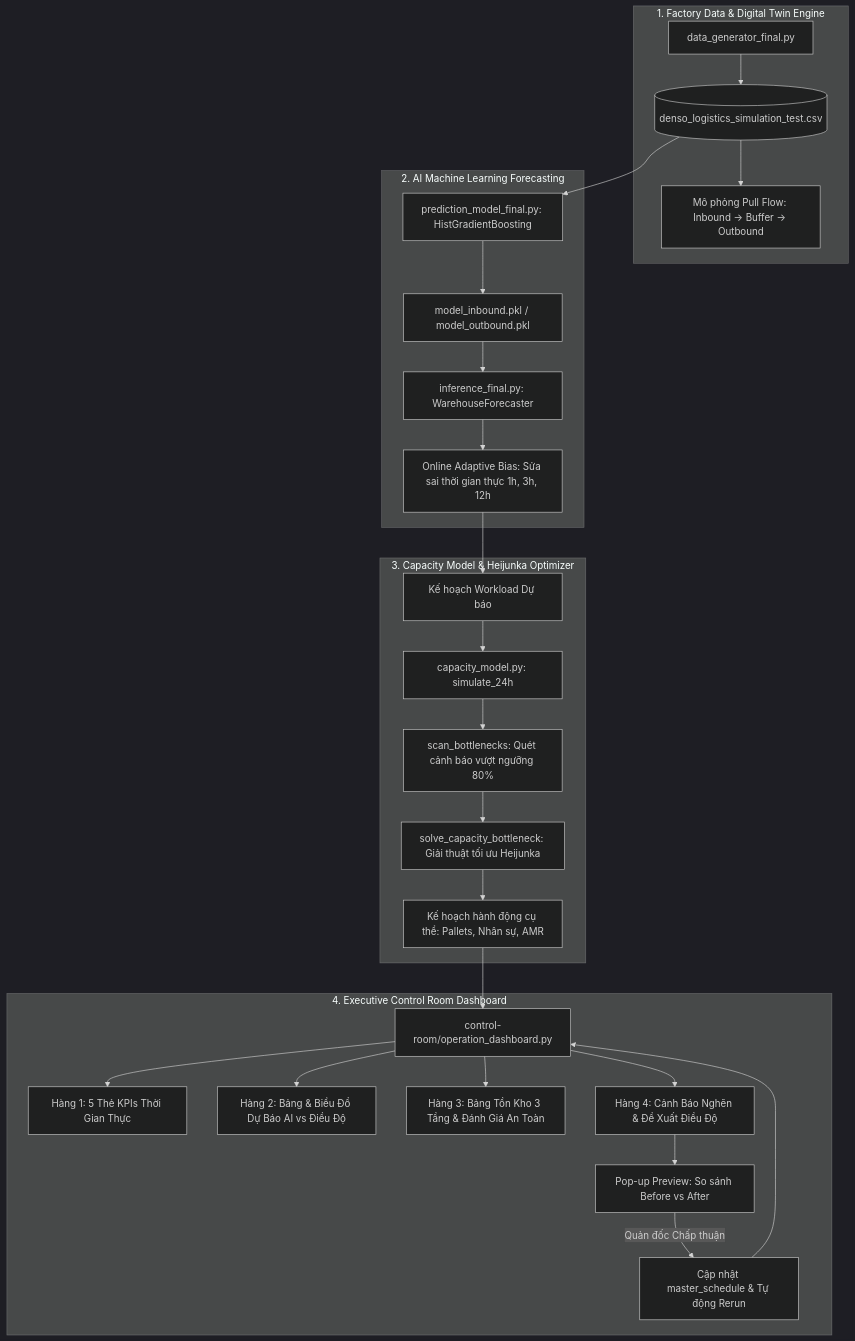
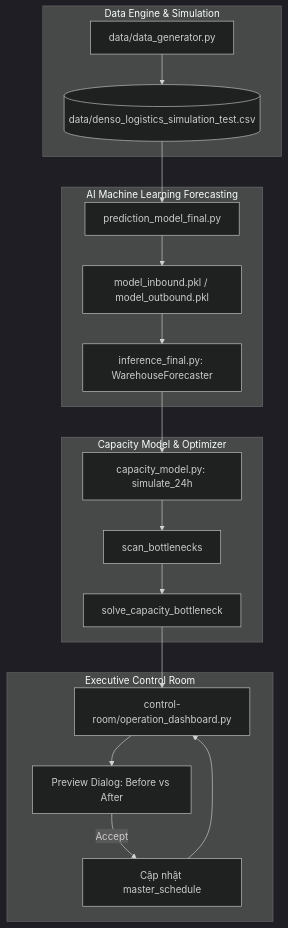
The diagram in README.md (Hair-Nguyeenx/DENSO_Factory_Hackathons-D2-babi), drawn with Mermaid (dark theme) before and after one commit. The commit also changed other lines of this file and 12 other files, not shown here.

````diff
--- a/README.md
+++ b/README.md
@@ -36,33 +19,25 @@
 ```mermaid
 flowchart TD
-    subgraph DATA_ENGINE[1. Factory Data & Digital Twin Engine]
-        DG[data_generator_final.py] --> CSV[(denso_logistics_simulation_test.csv)]
-        CSV --> PULL[Mô phỏng Pull Flow: Inbound -> Buffer -> Outbound]
+    subgraph DATA_TIER[Data Engine & Simulation]
+        DG[data/data_generator.py] --> CSV[(data/denso_logistics_simulation_test.csv)]
     end
 
-    subgraph AI_PREDICTION[2. AI Machine Learning Forecasting]
-        CSV --> TRAIN[prediction_model_final.py: HistGradientBoosting]
+    subgraph AI_TIER[AI Machine Learning Forecasting]
+        CSV --> TRAIN[prediction_model_final.py]
         TRAIN --> PKL[model_inbound.pkl / model_outbound.pkl]
         PKL --> INF[inference_final.py: WarehouseForecaster]
-        INF --> ADAPT[Online Adaptive Bias: Sửa sai thời gian thực 1h, 3h, 12h]
     end
 
-    subgraph CAPACITY_OPT[3. Capacity Model & Heijunka Optimizer]
-        ADAPT --> P_DATA[Kế hoạch Workload Dự báo]
-        P_DATA --> SIM[capacity_model.py: simulate_24h]
-        SIM --> SCAN[scan_bottlenecks: Quét cảnh báo vượt ngưỡng 80%]
-        SCAN --> SOLVE[solve_capacity_bottleneck: Giải thuật tối ưu Heijunka]
-        SOLVE --> ACTIONS[Kế hoạch hành động cụ thể: Pallets, Nhân sự, AMR]
+    subgraph OPT_TIER[Capacity Model & Optimizer]
+        INF --> SIM[capacity_model.py: simulate_24h]
+        SIM --> SCAN[scan_bottlenecks]
+        SCAN --> SOLVE[solve_capacity_bottleneck]
     end
 
-    subgraph CONTROL_ROOM[4. Executive Control Room Dashboard]
-        ACTIONS --> DASH[control-room/operation_dashboard.py]
-        DASH --> UI_METRICS[Hàng 1: 5 Thẻ KPIs Thời Gian Thực]
-        DASH --> UI_PRED[Hàng 2: Bảng & Biểu Đồ Dự Báo AI vs Điều Độ]
-        DASH --> UI_SIM[Hàng 3: Bảng Tồn Kho 3 Tầng & Đánh Giá An Toàn]
-        DASH --> UI_DISPATCH[Hàng 4: Cảnh Báo Nghẽn & Đề Xuất Điều Độ]
-        UI_DISPATCH --> MODAL[Pop-up Preview: So sánh Before vs After]
-        MODAL -->|Quản đốc Chấp thuận| EXECUTE[Cập nhật master_schedule & Tự động Rerun]
-        EXECUTE --> DASH
+    subgraph UI_TIER[Executive Control Room]
+        SOLVE --> DASH[control-room/operation_dashboard.py]
+        DASH --> PREVIEW[Preview Dialog: Before vs After]
+        PREVIEW -->|Accept| MASTER[Cập nhật master_schedule]
+        MASTER --> DASH
     end
 ```
````
